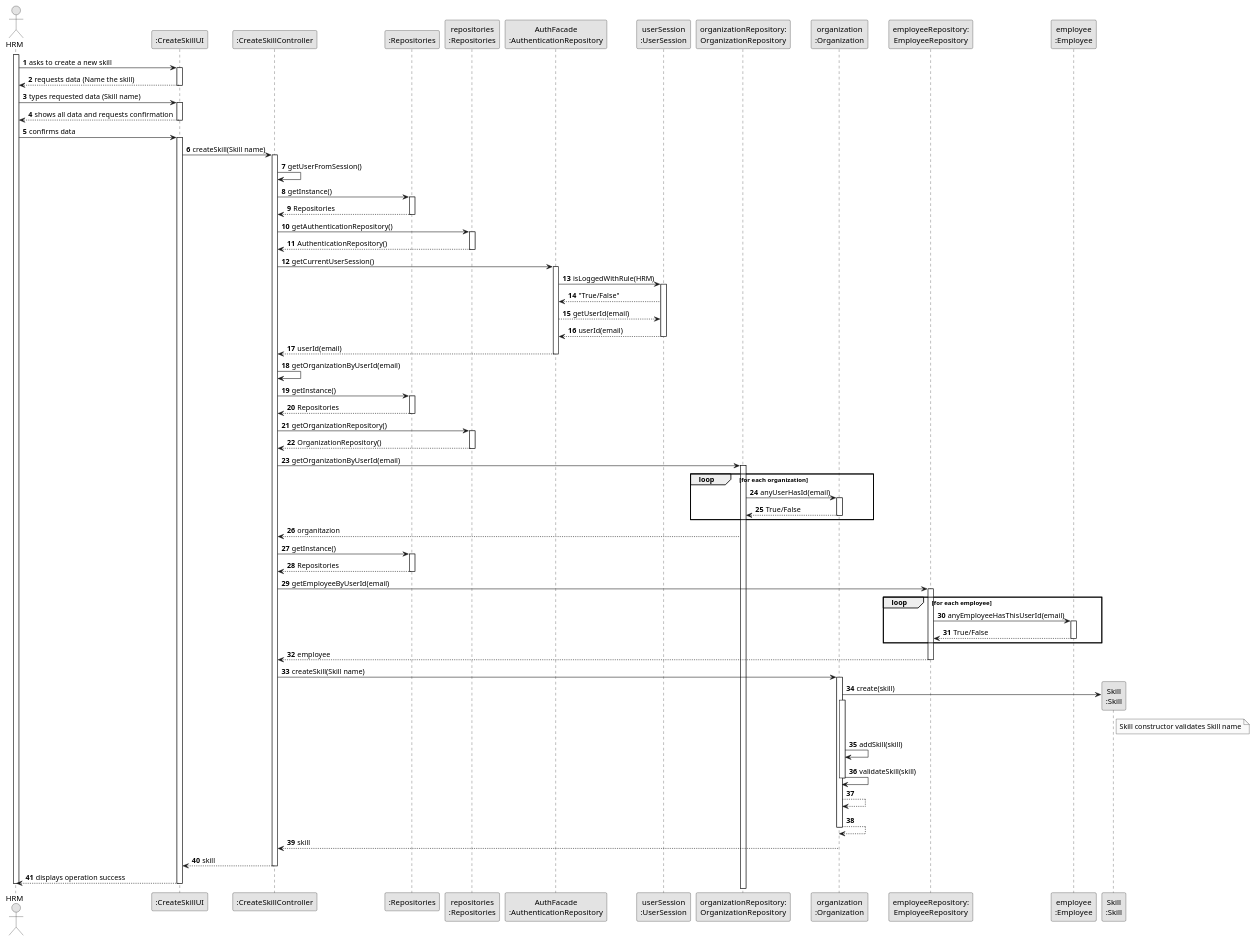
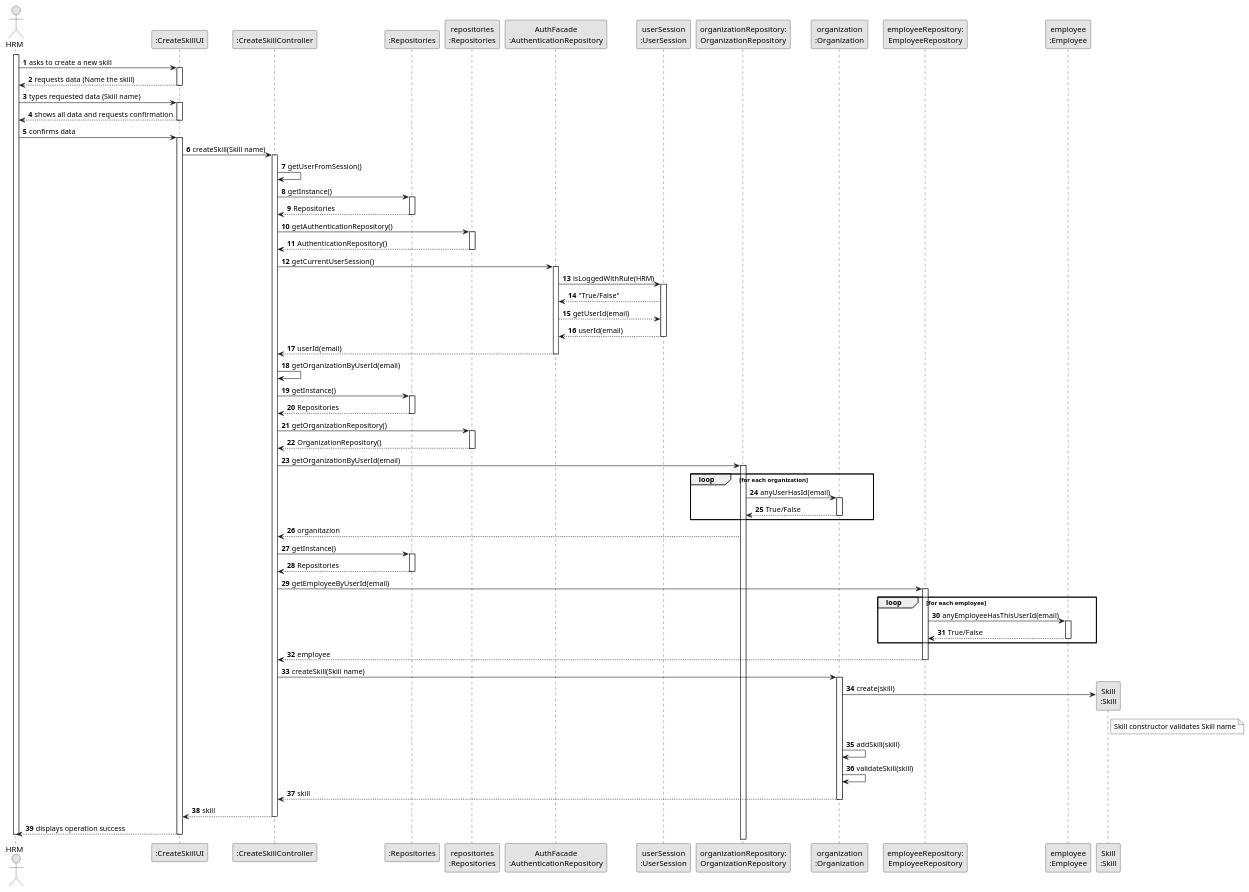
The diagram in docs/sprintC/us001/03.design/puml/us001-sequence-diagram-full.puml (Mendoncaa/LAPR2), drawn with PlantUML before and after one commit. The commit also changed 12 other files, not shown here.

Commit message:
ssd (US01; US04); class diagram and sequence diagram (US28; US29), code test AssignSkillControllerTes, CreateSkillControllerTest

```diff
--- a/docs/sprintC/us001/03.design/puml/us001-sequence-diagram-full.puml
+++ b/docs/sprintC/us001/03.design/puml/us001-sequence-diagram-full.puml
@@ -1,148 +1,145 @@
 @startuml
 skinparam monochrome true
 skinparam packageStyle rectangle
 skinparam shadowing false
 
 autonumber
 
 'hide footbox
 actor "HRM" as ADM
 participant ":CreateSkillUI" as UI
 participant ":CreateSkillController" as CTRL
 participant ":Repositories" as RepositorySingleton
 participant "repositories\n:Repositories" as PLAT
 participant "AuthFacade\n:AuthenticationRepository" as AUTHREP
 participant "userSession\n:UserSession" as USER
 participant "organizationRepository:\nOrganizationRepository" as OrganizationRepository
 participant "organization\n:Organization" as ORG
 participant "employeeRepository:\nEmployeeRepository" as EMPREP
 participant "employee\n:Employee" as EMP
 participant "Skill\n:Skill" as SKILL
 
 activate ADM
 
         ADM -> UI : asks to create a new skill
         activate UI
 
         UI --> ADM : requests data (Name the skill)
     deactivate UI
 
     ADM -> UI : types requested data (Skill name)
     activate UI
 
         UI --> ADM : shows all data and requests confirmation
     deactivate UI
 
     ADM -> UI : confirms data
     activate UI
 
         UI -> CTRL : createSkill(Skill name)
         activate CTRL
 
         CTRL -> CTRL : getUserFromSession()
 
         CTRL -> RepositorySingleton : getInstance()
         activate RepositorySingleton
         CTRL <-- RepositorySingleton : Repositories
         deactivate RepositorySingleton
 
         CTRL -> PLAT : getAuthenticationRepository()
 
         activate PLAT
         CTRL <-- PLAT : AuthenticationRepository()
         deactivate PLAT
 
         CTRL -> AUTHREP : getCurrentUserSession()
         activate AUTHREP
 
         AUTHREP -> USER : isLoggedWithRule(HRM)
         activate USER
 
         AUTHREP <-- USER : "True/False"
         AUTHREP --> USER : getUserId(email)
         AUTHREP <-- USER : userId(email)
         deactivate USER
 
         CTRL <-- AUTHREP : userId(email)
         deactivate AUTHREP
 
         CTRL -> CTRL : getOrganizationByUserId(email)
 
 
         CTRL -> RepositorySingleton : getInstance()
         activate RepositorySingleton
         CTRL <-- RepositorySingleton : Repositories
         deactivate RepositorySingleton
 
 
 
         CTRL -> PLAT : getOrganizationRepository()
         activate PLAT
         CTRL <-- PLAT : OrganizationRepository()
         deactivate PLAT
 
 
         CTRL -> OrganizationRepository :getOrganizationByUserId(email)
         activate OrganizationRepository
             loop for each organization
             OrganizationRepository -> ORG : anyUserHasId(email)
             activate ORG
             OrganizationRepository <-- ORG : True/False
             deactivate ORG
             end loop
 
         CTRL <-- OrganizationRepository : organitazion
 
         CTRL -> RepositorySingleton : getInstance()
              activate RepositorySingleton
              CTRL <-- RepositorySingleton : Repositories
               deactivate RepositorySingleton
 
          CTRL -> EMPREP :getEmployeeByUserId(email)
              activate EMPREP
              loop for each employee
              EMPREP -> EMP : anyEmployeeHasThisUserId(email)
              activate EMP
              EMPREP <-- EMP : True/False
              deactivate EMP
              end loop
 
              CTRL <-- EMPREP : employee
              deactivate EMPREP
 
 
 
         CTRL -> ORG: createSkill(Skill name)
             activate ORG
 
             ORG -> SKILL**: create(skill)
             note right of SKILL
             Skill constructor validates Skill name
             endnote
 
 
-        activate ORG
+
+
             ORG -> ORG: addSkill(skill)
+
             ORG -> ORG: validateSkill(skill)
 
-            deactivate ORG
 
-            ORG --> ORG
-            ORG --> ORG
-            deactivate ORG
 
             ORG --> CTRL : skill
-
             deactivate ORG
 
             CTRL --> UI: skill
             deactivate CTRL
             UI --> ADM: displays operation success
     deactivate UI
 
 deactivate ADM
 
 
 
 
 @enduml
```
